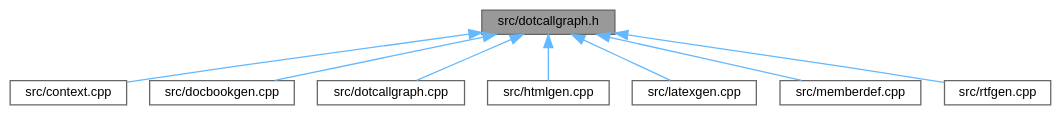
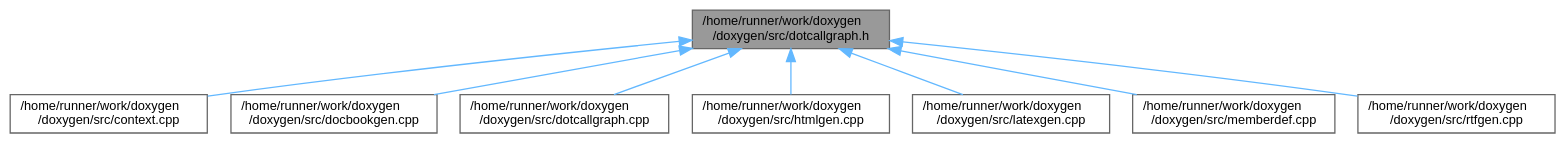
Before and after one commit to petyovsky/doxygen: the diagram in d8/ddb/dotcallgraph_8h__dep__incl.dot, drawn with Graphviz. The commit also changed 5062 other files, not shown here.

```diff
--- a/d8/ddb/dotcallgraph_8h__dep__incl.dot
+++ b/d8/ddb/dotcallgraph_8h__dep__incl.dot
@@ -1,23 +1,23 @@
-digraph "src/dotcallgraph.h"
+digraph "/home/runner/work/doxygen/doxygen/src/dotcallgraph.h"
 {
  // INTERACTIVE_SVG=YES
  // LATEX_PDF_SIZE
   bgcolor="transparent";
   edge [fontname=Helvetica,fontsize=10,labelfontname=Helvetica,labelfontsize=10];
   node [fontname=Helvetica,fontsize=10,shape=box,height=0.2,width=0.4];
-  Node1 [label="src/dotcallgraph.h",height=0.2,width=0.4,color="gray40", fillcolor="grey60", style="filled", fontcolor="black",tooltip=" "];
+  Node1 [label="/home/runner/work/doxygen\l/doxygen/src/dotcallgraph.h",height=0.2,width=0.4,color="gray40", fillcolor="grey60", style="filled", fontcolor="black",tooltip=" "];
   Node1 -> Node2 [dir="back",color="steelblue1",style="solid"];
-  Node2 [label="src/context.cpp",height=0.2,width=0.4,color="grey40", fillcolor="white", style="filled",URL="$db/d12/context_8cpp.html",tooltip=" "];
+  Node2 [label="/home/runner/work/doxygen\l/doxygen/src/context.cpp",height=0.2,width=0.4,color="grey40", fillcolor="white", style="filled",URL="$db/d12/context_8cpp.html",tooltip=" "];
   Node1 -> Node3 [dir="back",color="steelblue1",style="solid"];
-  Node3 [label="src/docbookgen.cpp",height=0.2,width=0.4,color="grey40", fillcolor="white", style="filled",URL="$d8/d29/docbookgen_8cpp.html",tooltip=" "];
+  Node3 [label="/home/runner/work/doxygen\l/doxygen/src/docbookgen.cpp",height=0.2,width=0.4,color="grey40", fillcolor="white", style="filled",URL="$d8/d29/docbookgen_8cpp.html",tooltip=" "];
   Node1 -> Node4 [dir="back",color="steelblue1",style="solid"];
-  Node4 [label="src/dotcallgraph.cpp",height=0.2,width=0.4,color="grey40", fillcolor="white", style="filled",URL="$d4/dd5/dotcallgraph_8cpp.html",tooltip=" "];
+  Node4 [label="/home/runner/work/doxygen\l/doxygen/src/dotcallgraph.cpp",height=0.2,width=0.4,color="grey40", fillcolor="white", style="filled",URL="$d4/dd5/dotcallgraph_8cpp.html",tooltip=" "];
   Node1 -> Node5 [dir="back",color="steelblue1",style="solid"];
-  Node5 [label="src/htmlgen.cpp",height=0.2,width=0.4,color="grey40", fillcolor="white", style="filled",URL="$d8/d6e/htmlgen_8cpp.html",tooltip=" "];
+  Node5 [label="/home/runner/work/doxygen\l/doxygen/src/htmlgen.cpp",height=0.2,width=0.4,color="grey40", fillcolor="white", style="filled",URL="$d8/d6e/htmlgen_8cpp.html",tooltip=" "];
   Node1 -> Node6 [dir="back",color="steelblue1",style="solid"];
-  Node6 [label="src/latexgen.cpp",height=0.2,width=0.4,color="grey40", fillcolor="white", style="filled",URL="$d4/d42/latexgen_8cpp.html",tooltip=" "];
+  Node6 [label="/home/runner/work/doxygen\l/doxygen/src/latexgen.cpp",height=0.2,width=0.4,color="grey40", fillcolor="white", style="filled",URL="$d4/d42/latexgen_8cpp.html",tooltip=" "];
   Node1 -> Node7 [dir="back",color="steelblue1",style="solid"];
-  Node7 [label="src/memberdef.cpp",height=0.2,width=0.4,color="grey40", fillcolor="white", style="filled",URL="$d0/d72/memberdef_8cpp.html",tooltip=" "];
+  Node7 [label="/home/runner/work/doxygen\l/doxygen/src/memberdef.cpp",height=0.2,width=0.4,color="grey40", fillcolor="white", style="filled",URL="$d0/d72/memberdef_8cpp.html",tooltip=" "];
   Node1 -> Node8 [dir="back",color="steelblue1",style="solid"];
-  Node8 [label="src/rtfgen.cpp",height=0.2,width=0.4,color="grey40", fillcolor="white", style="filled",URL="$d0/d9c/rtfgen_8cpp.html",tooltip=" "];
+  Node8 [label="/home/runner/work/doxygen\l/doxygen/src/rtfgen.cpp",height=0.2,width=0.4,color="grey40", fillcolor="white", style="filled",URL="$d0/d9c/rtfgen_8cpp.html",tooltip=" "];
 }
```
